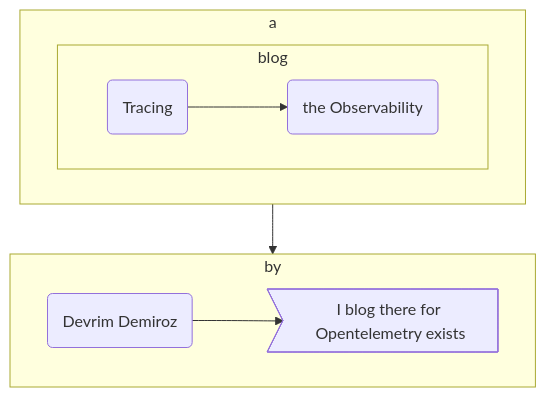
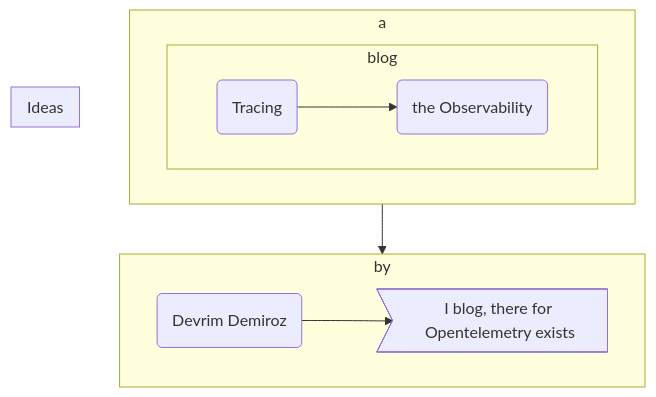
The diagram in docs/README.md (devrimdemiroz/devrimdemiroz.github.io), drawn with Mermaid before and after one commit.

````diff
--- a/docs/README.md
+++ b/docs/README.md
@@ -3,26 +3,34 @@
 ```mermaid
 flowchart TD
-    subgraph by
-            DD(Devrim Demiroz)
-            DD-->Descartes>I blog there for Opentelemetry exists]
-        end
+   
     subgraph a
         direction LR
         
         subgraph blog
          direction LR
             Tracing(Tracing)
             Tracing --> the(the Observability)
         end
         
-        click Tracing "http://www.github.com"
+     
+    end
+    
+     subgraph Ideas
+        direction LR
+        
+     
     end
 
-    
+   click Ideas "/Ideas"
+   
+     subgraph by
+            DD(Devrim Demiroz)
+            DD-->Descartes>I blog, there for Opentelemetry exists]
+     end
     
     blog --> by        
     
         
 
   
 ```
````
